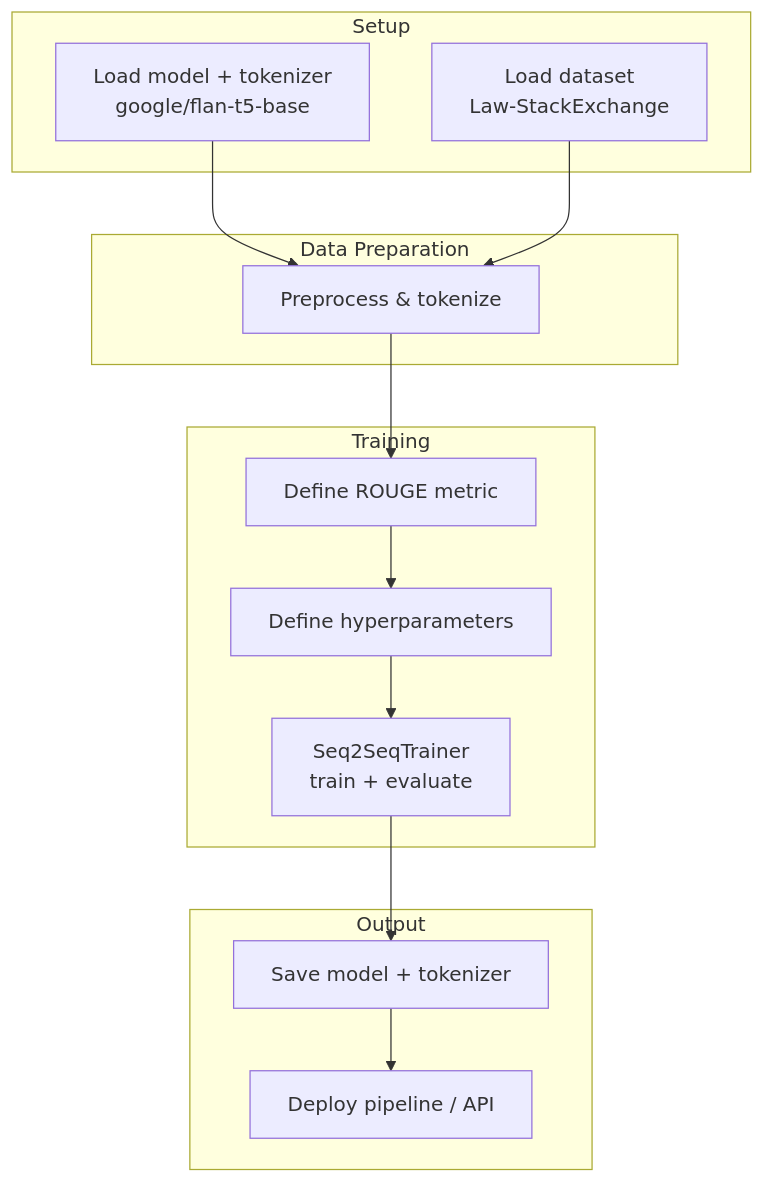
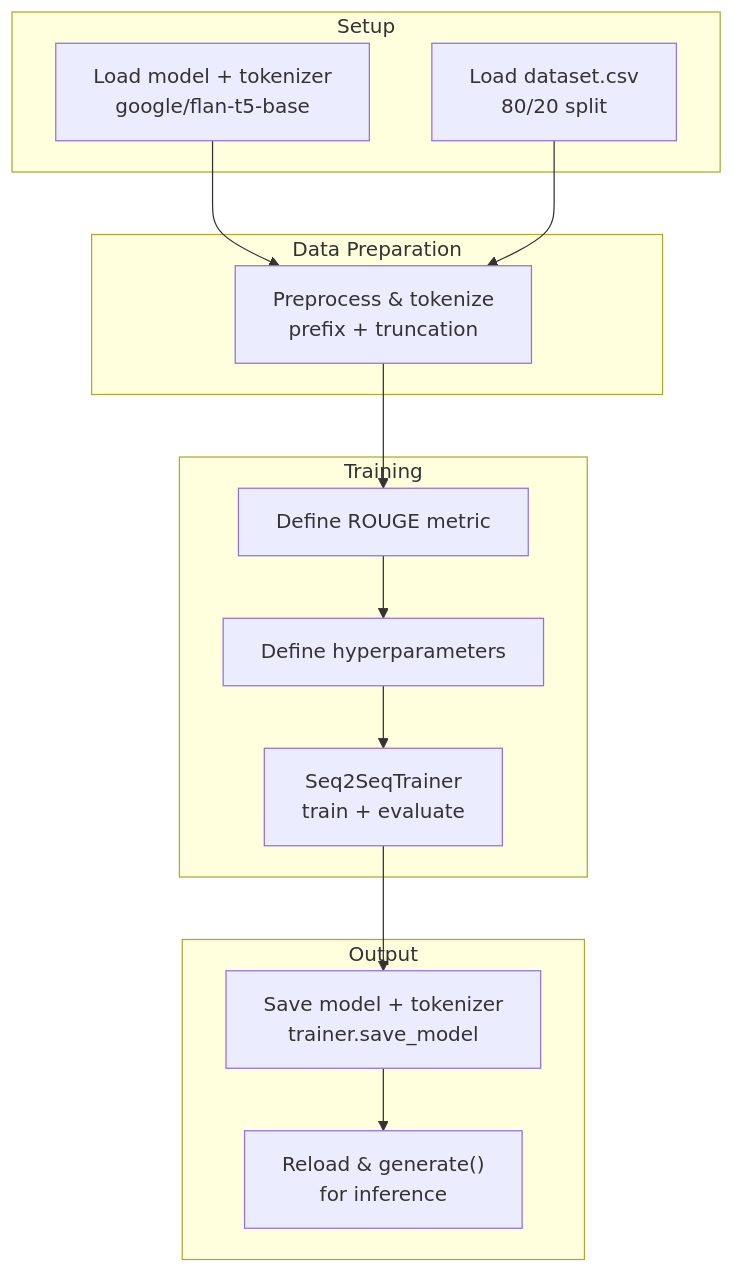
Before and after one commit to coderleonardo/ai-engineering-path: the fifth of 5 diagrams in gen-ai-and-llms/09-legal-assistant-llm-finetuning/README.md, drawn with Mermaid. The commit also changed other lines of this file and 1 other file, not shown here.

````diff
--- a/gen-ai-and-llms/09-legal-assistant-llm-finetuning/README.md
+++ b/gen-ai-and-llms/09-legal-assistant-llm-finetuning/README.md
@@ -223,23 +202,23 @@
 ```mermaid
 flowchart TD
     subgraph Setup["Setup"]
         A["Load model + tokenizer<br/>google/flan-t5-base"]
-        B["Load dataset<br/>Law-StackExchange"]
+        B["Load dataset.csv<br/>80/20 split"]
     end
     subgraph Prep["Data Preparation"]
-        C["Preprocess & tokenize"]
+        C["Preprocess & tokenize<br/>prefix + truncation"]
     end
     subgraph Train["Training"]
         D["Define ROUGE metric"]
         E["Define hyperparameters"]
         F["Seq2SeqTrainer<br/>train + evaluate"]
     end
     subgraph Ship["Output"]
-        G["Save model + tokenizer"]
-        H["Deploy pipeline / API"]
+        G["Save model + tokenizer<br/>trainer.save_model"]
+        H["Reload & generate()<br/>for inference"]
     end
 
     A --> C
     B --> C
     C --> D --> E --> F --> G --> H
 ```
````
